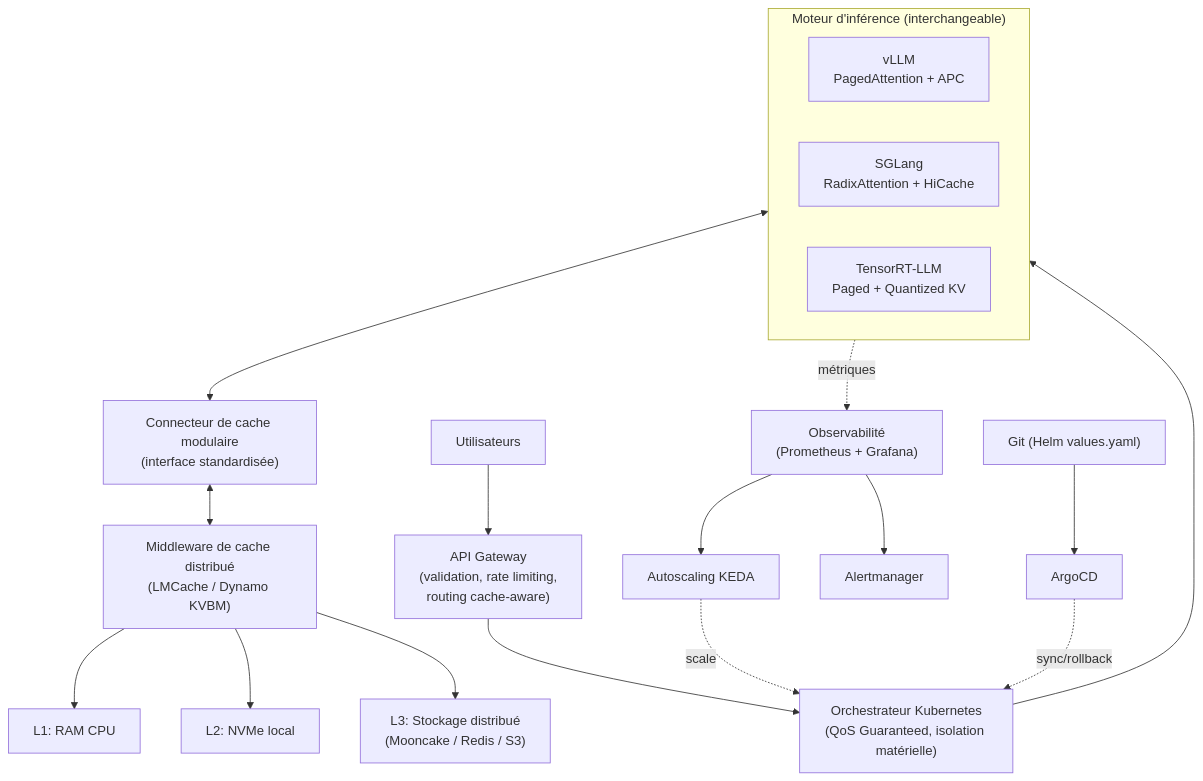
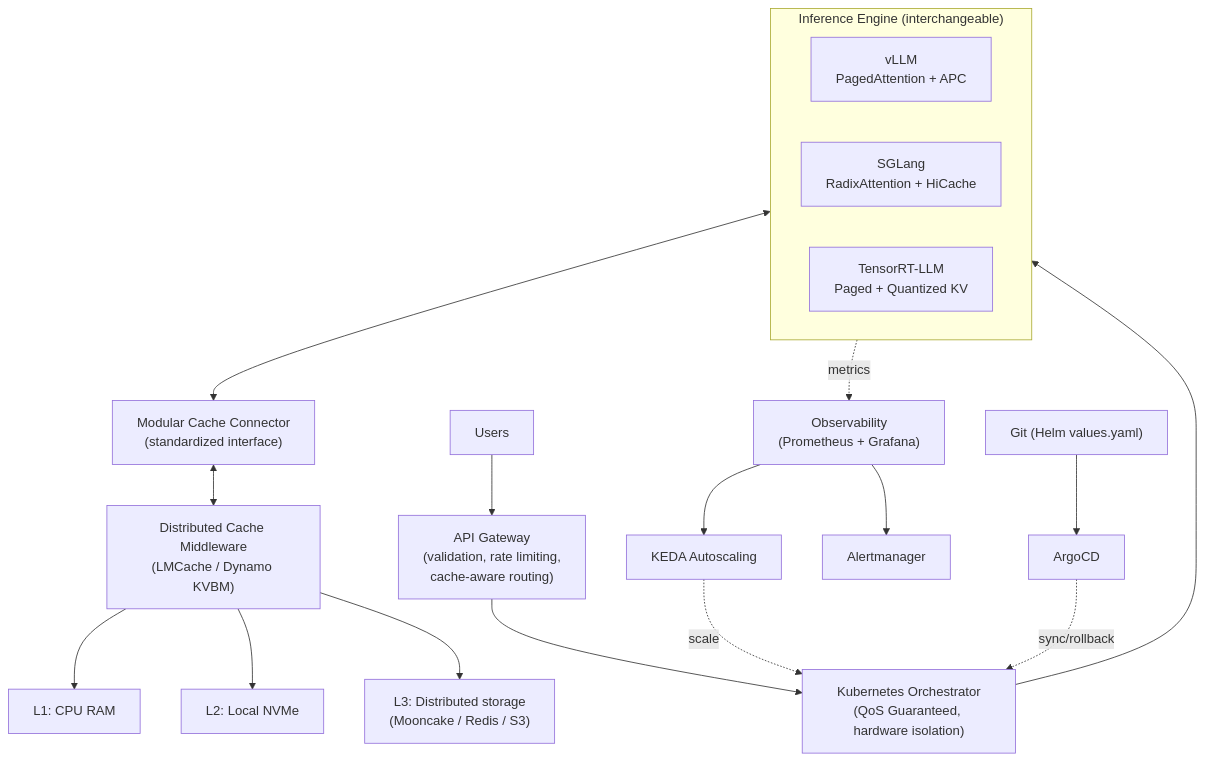
Before and after one commit to ADORSYS-GIS/Custom-Ai-Ops: the eighth of 9 diagrams in docs/explain/bible-kv-cache.md, drawn with Mermaid. The commit also changed other lines of this file and 25 other files, not shown here.

````diff
--- a/docs/explain/bible-kv-cache.md
+++ b/docs/explain/bible-kv-cache.md
@@ -536,31 +536,31 @@
 ```mermaid
 flowchart TB
-    U["Utilisateurs"] --> GW["API Gateway\n(validation, rate limiting,\nrouting cache-aware)"]
+    U["Users"] --> GW["API Gateway\n(validation, rate limiting,\ncache-aware routing)"]
 
-    GW --> ORCH["Orchestrateur Kubernetes\n(QoS Guaranteed, isolation matérielle)"]
+    GW --> ORCH["Kubernetes Orchestrator\n(QoS Guaranteed, hardware isolation)"]
 
     ORCH --> ENGINE
 
-    subgraph ENGINE["Moteur d'inférence (interchangeable)"]
+    subgraph ENGINE["Inference Engine (interchangeable)"]
         direction LR
         E1["vLLM\nPagedAttention + APC"]
         E2["SGLang\nRadixAttention + HiCache"]
         E3["TensorRT-LLM\nPaged + Quantized KV"]
     end
 
-    ENGINE <--> CONNECTOR["Connecteur de cache modulaire\n(interface standardisée)"]
+    ENGINE <--> CONNECTOR["Modular Cache Connector\n(standardized interface)"]
 
-    CONNECTOR <--> MW["Middleware de cache distribué\n(LMCache / Dynamo KVBM)"]
+    CONNECTOR <--> MW["Distributed Cache Middleware\n(LMCache / Dynamo KVBM)"]
 
-    MW --> TIER1["L1: RAM CPU"]
-    MW --> TIER2["L2: NVMe local"]
-    MW --> TIER3["L3: Stockage distribué\n(Mooncake / Redis / S3)"]
+    MW --> TIER1["L1: CPU RAM"]
+    MW --> TIER2["L2: Local NVMe"]
+    MW --> TIER3["L3: Distributed storage\n(Mooncake / Redis / S3)"]
 
-    ENGINE -.métriques.-> OBS["Observabilité\n(Prometheus + Grafana)"]
-    OBS --> AS["Autoscaling KEDA"]
+    ENGINE -.metrics.-> OBS["Observability\n(Prometheus + Grafana)"]
+    OBS --> AS["KEDA Autoscaling"]
     OBS --> AM["Alertmanager"]
     AS -.scale.-> ORCH
 
     GIT["Git (Helm values.yaml)"] --> ARGO["ArgoCD"]
     ARGO -.sync/rollback.-> ORCH
 ```
````
